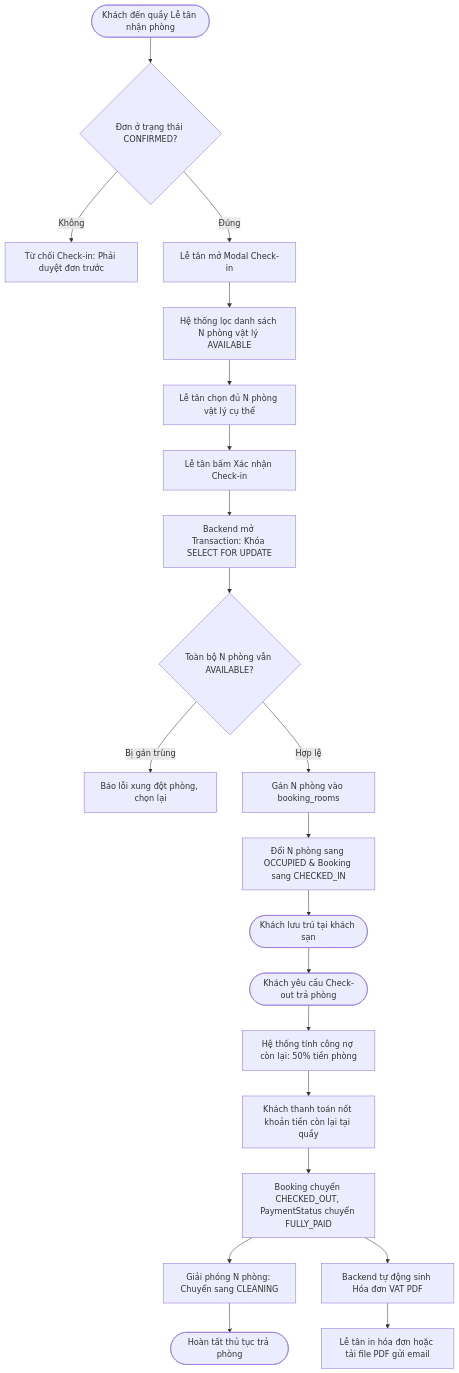
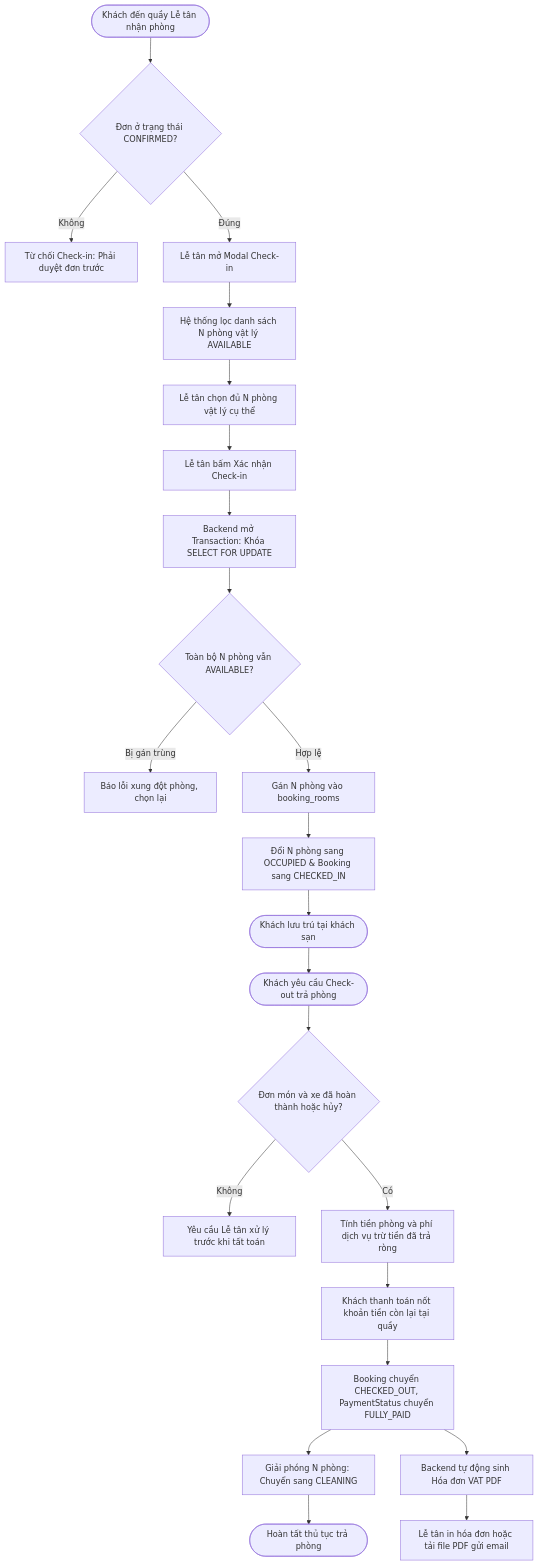
One commit to Huidinne/Hotel-Booking-System_HBS changed the sixth of 11 diagrams in docs/SRS.md. Above: the diagram before and after it, drawn with Mermaid. The commit also changed other lines of this file, not shown here.

````diff
--- a/docs/SRS.md
+++ b/docs/SRS.md
@@ -447,25 +476,27 @@
 ```mermaid
 flowchart TD
     StartCheckIn([Khách đến quầy Lễ tân nhận phòng]) --> CheckStatus{Đơn ở trạng thái CONFIRMED?}
     CheckStatus -- Không --> ErrConfirm[Từ chối Check-in: Phải duyệt đơn trước]
     CheckStatus -- Đúng --> OpenModal[Lễ tân mở Modal Check-in]
     OpenModal --> SelectRooms[Hệ thống lọc danh sách N phòng vật lý AVAILABLE]
     SelectRooms --> ChooseRooms[Lễ tân chọn đủ N phòng vật lý cụ thể]
     ChooseRooms --> ConfirmCheckIn[Lễ tân bấm Xác nhận Check-in]
     
     ConfirmCheckIn --> LockRooms[Backend mở Transaction: Khóa SELECT FOR UPDATE]
     LockRooms --> VerifyAvail{Toàn bộ N phòng vẫn AVAILABLE?}
     VerifyAvail -- Bị gán trùng --> ErrAssign[Báo lỗi xung đột phòng, chọn lại]
     VerifyAvail -- Hợp lệ --> AssignSuccess[Gán N phòng vào booking_rooms]
     AssignSuccess --> UpdateStatus[Đổi N phòng sang OCCUPIED & Booking sang CHECKED_IN]
     UpdateStatus --> InStay([Khách lưu trú tại khách sạn])
 
     InStay --> StartCheckOut([Khách yêu cầu Check-out trả phòng])
-    StartCheckOut --> CalcDue[Hệ thống tính công nợ còn lại: 50% tiền phòng]
+    StartCheckOut --> CheckServices{"Đơn món và xe đã hoàn thành hoặc hủy?"}
+    CheckServices -- Không --> PendingServices["Yêu cầu Lễ tân xử lý trước khi tất toán"]
+    CheckServices -- Có --> CalcDue["Tính tiền phòng và phí dịch vụ trừ tiền đã trả ròng"]
     CalcDue --> PayDue[Khách thanh toán nốt khoản tiền còn lại tại quầy]
     PayDue --> FinalizeBooking[Booking chuyển CHECKED_OUT, PaymentStatus chuyển FULLY_PAID]
     FinalizeBooking --> ReleaseRooms[Giải phóng N phòng: Chuyển sang CLEANING]
     FinalizeBooking --> GenPDF[Backend tự động sinh Hóa đơn VAT PDF]
     GenPDF --> PrintSend[Lễ tân in hóa đơn hoặc tải file PDF gửi email]
     ReleaseRooms --> EndFlow([Hoàn tất thủ tục trả phòng])
 ```
````
